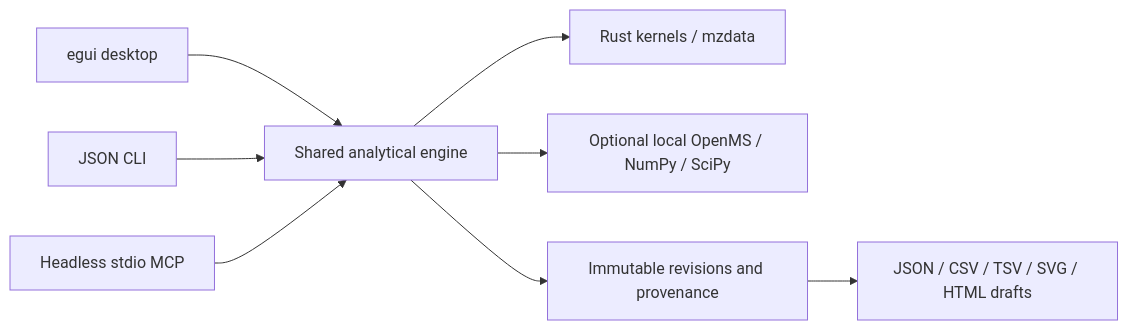
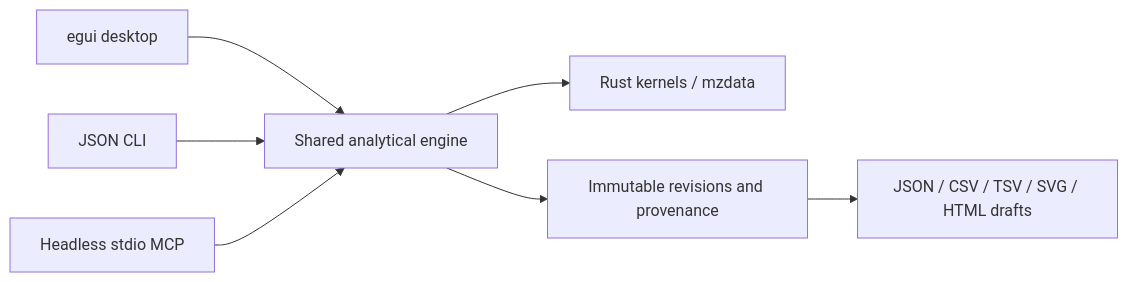
Before and after one commit to adamcseresznye/chromascope: the diagram in README.md, drawn with Mermaid. The commit also changed other lines of this file and 29 other files, not shown here.

````diff
--- a/README.md
+++ b/README.md
@@ -55,10 +52,9 @@
 ```mermaid
 flowchart LR
   GUI[egui desktop] --> Engine[Shared analytical engine]
   CLI[JSON CLI] --> Engine
   MCP[Headless stdio MCP] --> Engine
   Engine --> Rust[Rust kernels / mzdata]
-  Engine --> Python[Optional local OpenMS / NumPy / SciPy]
-  Engine --> Project[Immutable revisions and provenance]
+    Engine --> Project[Immutable revisions and provenance]
   Project --> Delivery[JSON / CSV / TSV / SVG / HTML drafts]
 ```
````
